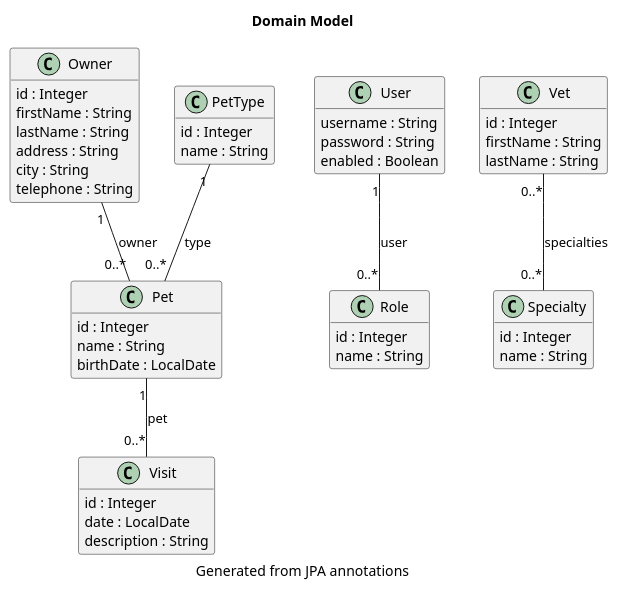
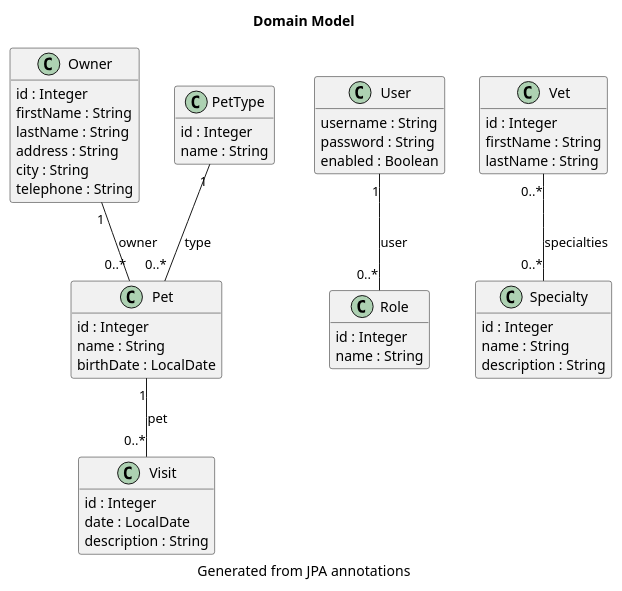
The diagram in petclinic-backend/docs/generated/DomainModel.puml (victorrentea/petclinic), drawn with PlantUML before and after one commit. The commit also changed 18 other files, not shown here.

```diff
--- a/petclinic-backend/docs/generated/DomainModel.puml
+++ b/petclinic-backend/docs/generated/DomainModel.puml
@@ -1,56 +1,57 @@
 @startuml
 
 title Domain Model
 caption Generated from JPA annotations
 
 hide empty members
 skinparam classAttributeIconSize 0
 
 class Owner {
   id : Integer
   firstName : String
   lastName : String
   address : String
   city : String
   telephone : String
 }
 class Pet {
   id : Integer
   name : String
   birthDate : LocalDate
 }
 class PetType {
   id : Integer
   name : String
 }
 class Role {
   id : Integer
   name : String
 }
 class Specialty {
   id : Integer
   name : String
+  description : String
 }
 class User {
   username : String
   password : String
   enabled : Boolean
 }
 class Vet {
   id : Integer
   firstName : String
   lastName : String
 }
 class Visit {
   id : Integer
   date : LocalDate
   description : String
 }
 
 PetType "1" -- "0..*" Pet : type
 Owner "1" -- "0..*" Pet : owner
 User "1" -- "0..*" Role : user
 Vet "0..*" -- "0..*" Specialty : specialties
 Pet "1" -- "0..*" Visit : pet
 
 @enduml
```
